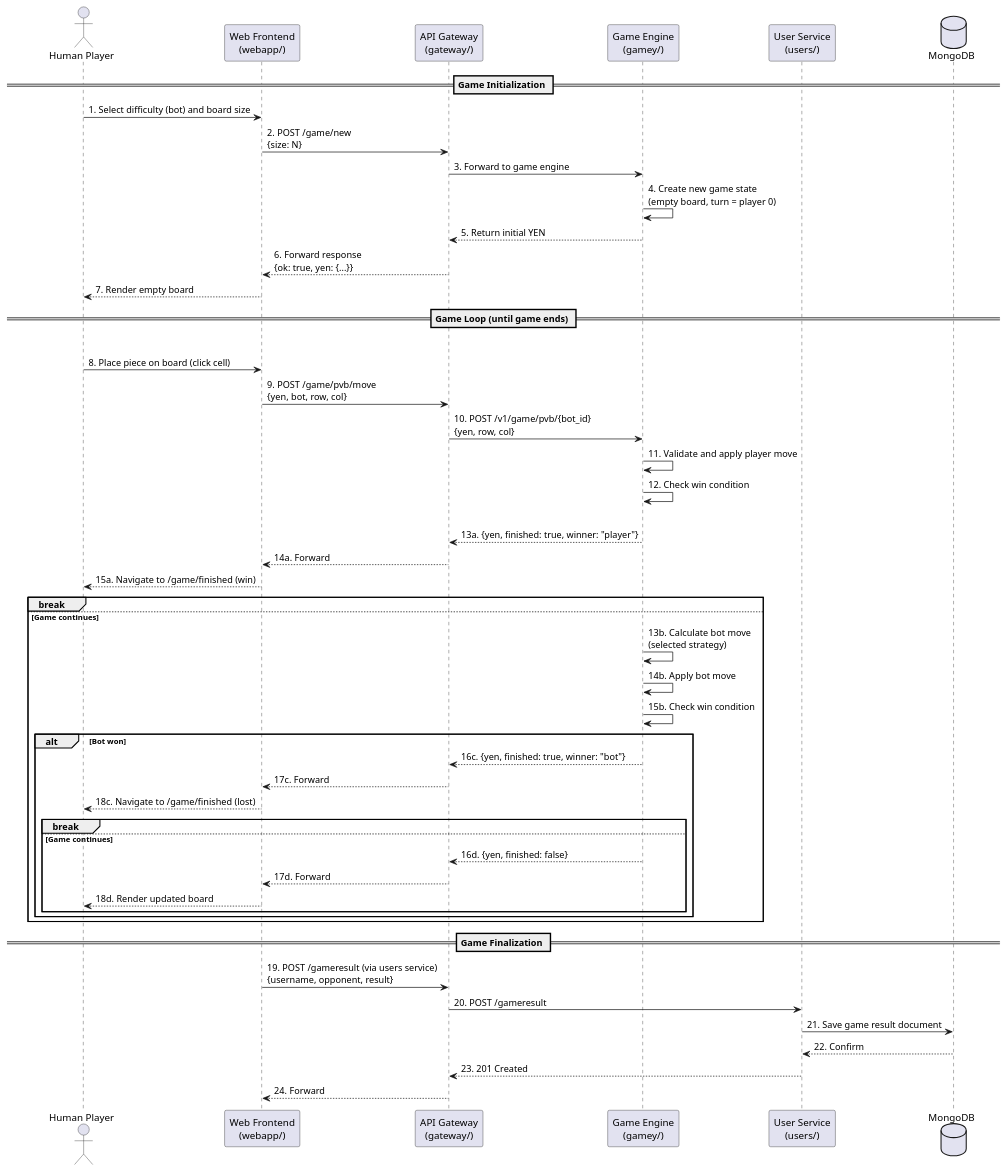
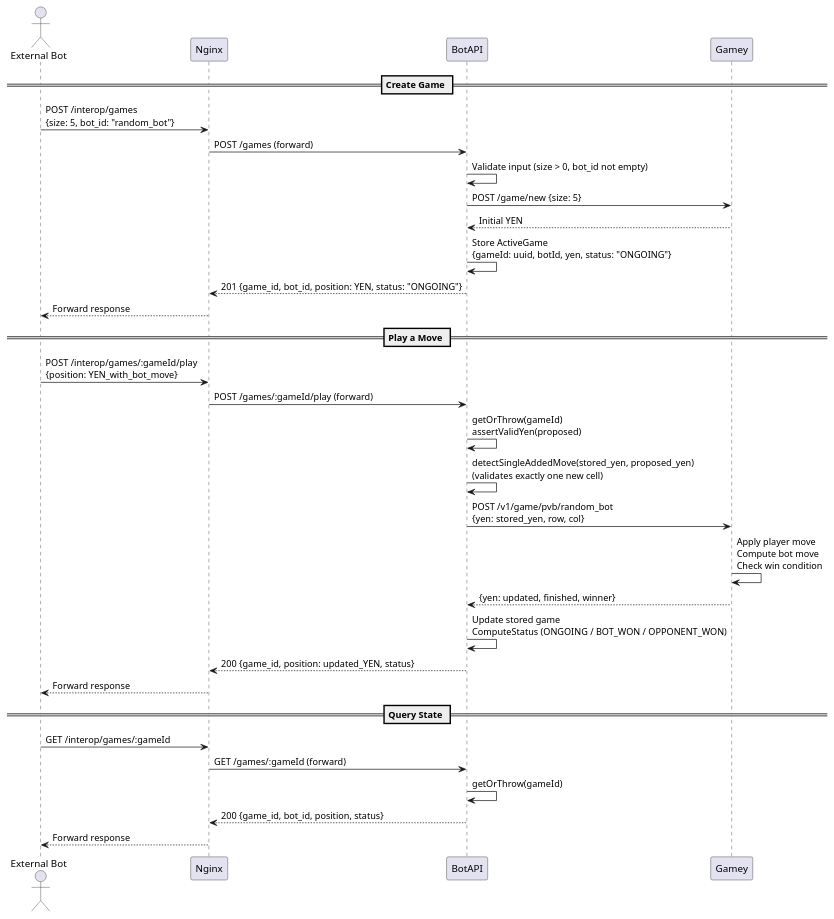
The seventh of 11 diagrams in docs/src/06_runtime_view.adoc (Arquisoft/yovi_en2c), drawn with PlantUML before and after one commit. The commit also changed other lines of this file, not shown here.

```diff
--- a/docs/src/06_runtime_view.adoc
+++ b/docs/src/06_runtime_view.adoc
@@ -151,60 +361,38 @@
-[plantuml,"Game vs Bot Sequence",png]
+[plantuml,"BotAPI External Game Sequence",png]
 ----
 @startuml
-actor "Human Player" as User
-participant "Web Frontend\n(webapp/)" as Webapp
-participant "API Gateway\n(gateway/)" as Gateway
-participant "Game Engine\n(gamey/)" as Gamey
-participant "User Service\n(users/)" as Users
-database "MongoDB" as DB
+actor "External Bot" as Bot
+participant "Nginx" as Nginx
+participant "BotAPI" as BAPI
+participant "Gamey" as Gamey
 
-== Game Initialization ==
-User -> Webapp: 1. Select difficulty (bot) and board size
-Webapp -> Gateway: 2. POST /game/new\n{size: N}
-Gateway -> Gamey: 3. Forward to game engine
-Gamey -> Gamey: 4. Create new game state\n(empty board, turn = player 0)
-Gamey --> Gateway: 5. Return initial YEN
-Gateway --> Webapp: 6. Forward response\n{ok: true, yen: {...}}
-Webapp --> User: 7. Render empty board
+== Create Game ==
+Bot -> Nginx: POST /interop/games\n{size: 5, bot_id: "random_bot"}
+Nginx -> BAPI: POST /games (forward)
+BAPI -> BAPI: Validate input (size > 0, bot_id not empty)
+BAPI -> Gamey: POST /game/new {size: 5}
+Gamey --> BAPI: Initial YEN
+BAPI -> BAPI: Store ActiveGame\n{gameId: uuid, botId, yen, status: "ONGOING"}
+BAPI --> Nginx: 201 {game_id, bot_id, position: YEN, status: "ONGOING"}
+Nginx --> Bot: Forward response
 
-== Game Loop (until game ends) ==
-loop Each turn
-    User -> Webapp: 8. Place piece on board (click cell)
-    Webapp -> Gateway: 9. POST /game/pvb/move\n{yen, bot, row, col}
-    Gateway -> Gamey: 10. POST /v1/game/pvb/{bot_id}\n{yen, row, col}
+== Play a Move ==
+Bot -> Nginx: POST /interop/games/:gameId/play\n{position: YEN_with_bot_move}
+Nginx -> BAPI: POST /games/:gameId/play (forward)
+BAPI -> BAPI: getOrThrow(gameId)\nassertValidYen(proposed)
+BAPI -> BAPI: detectSingleAddedMove(stored_yen, proposed_yen)\n(validates exactly one new cell)
+BAPI -> Gamey: POST /v1/game/pvb/random_bot\n{yen: stored_yen, row, col}
+Gamey -> Gamey: Apply player move\nCompute bot move\nCheck win condition
+Gamey --> BAPI: {yen: updated, finished, winner}
+BAPI -> BAPI: Update stored game\nComputeStatus (ONGOING / BOT_WON / OPPONENT_WON)
+BAPI --> Nginx: 200 {game_id, position: updated_YEN, status}
+Nginx --> Bot: Forward response
 
-    Gamey -> Gamey: 11. Validate and apply player move
-    Gamey -> Gamey: 12. Check win condition
-
-    alt Player won
-        Gamey --> Gateway: 13a. {yen, finished: true, winner: "player"}
-        Gateway --> Webapp: 14a. Forward
-        Webapp --> User: 15a. Navigate to /game/finished (win)
-        break
-    else Game continues
-        Gamey -> Gamey: 13b. Calculate bot move\n(selected strategy)
-        Gamey -> Gamey: 14b. Apply bot move
-        Gamey -> Gamey: 15b. Check win condition
-
-        alt Bot won
-            Gamey --> Gateway: 16c. {yen, finished: true, winner: "bot"}
-            Gateway --> Webapp: 17c. Forward
-            Webapp --> User: 18c. Navigate to /game/finished (lost)
-            break
-        else Game continues
-            Gamey --> Gateway: 16d. {yen, finished: false}
-            Gateway --> Webapp: 17d. Forward
-            Webapp --> User: 18d. Render updated board
-        end
-    end
-end
-
-== Game Finalization ==
-Webapp -> Gateway: 19. POST /gameresult (via users service)\n{username, opponent, result}
-Gateway -> Users: 20. POST /gameresult
-Users -> DB: 21. Save game result document
-DB --> Users: 22. Confirm
-Users --> Gateway: 23. 201 Created
-Gateway --> Webapp: 24. Forward
+== Query State ==
+Bot -> Nginx: GET /interop/games/:gameId
+Nginx -> BAPI: GET /games/:gameId (forward)
+BAPI -> BAPI: getOrThrow(gameId)
+BAPI --> Nginx: 200 {game_id, bot_id, position, status}
+Nginx --> Bot: Forward response
 @enduml
 ----
```
